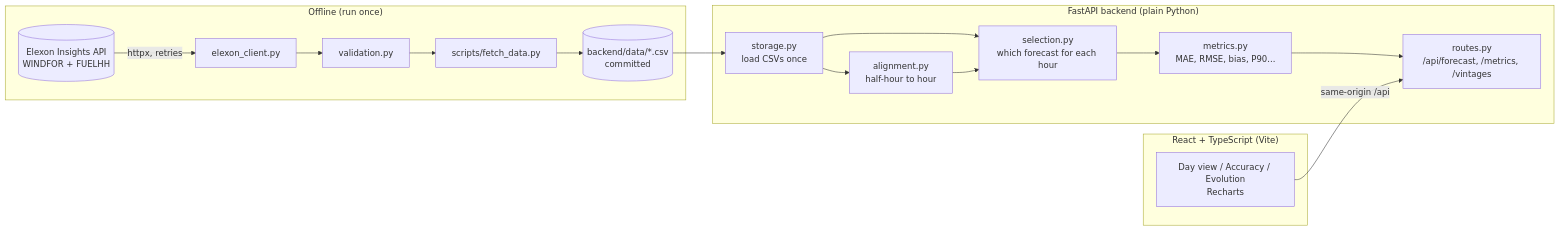
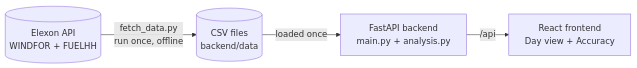
Before and after one commit to ManojLamani/GB-WIND: the diagram in README.md, drawn with Mermaid. The commit also changed other lines of this file, not shown here.

Commit message:
Update README: architecture, method, project structure and setup

````diff
--- a/README.md
+++ b/README.md
@@ -187,24 +30,6 @@
 ```mermaid
 flowchart LR
-    subgraph Offline["Offline (run once)"]
-        E[(Elexon Insights API<br/>WINDFOR + FUELHH)] -->|httpx, retries| C[elexon_client.py]
-        C --> V[validation.py]
-        V --> F[scripts/fetch_data.py]
-        F --> D[(backend/data/*.csv<br/>committed)]
-    end
-
-    subgraph Backend["FastAPI backend (plain Python)"]
-        D --> S[storage.py<br/>load CSVs once]
-        S --> A[alignment.py<br/>half-hour to hour]
-        S --> SEL[selection.py<br/>which forecast for each hour]
-        A --> SEL
-        SEL --> M[metrics.py<br/>MAE, RMSE, bias, P90...]
-        M --> R[routes.py<br/>/api/forecast, /metrics, /vintages]
-    end
-
-    subgraph Frontend["React + TypeScript (Vite)"]
-        UI[Day view / Accuracy / Evolution<br/>Recharts]
-    end
-
-    UI -->|same-origin /api| R
+    E[(Elexon API<br/>WINDFOR + FUELHH)] -->|fetch_data.py<br/>run once, offline| D[(CSV files<br/>backend/data)]
+    D -->|loaded once| B[FastAPI backend<br/>main.py + analysis.py]
+    B -->|/api| F[React frontend<br/>Day view + Accuracy]
 ```
````
